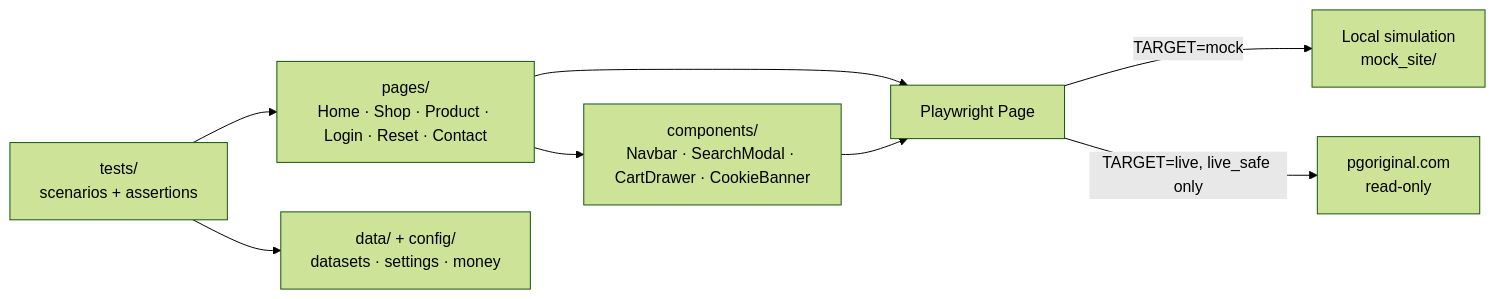
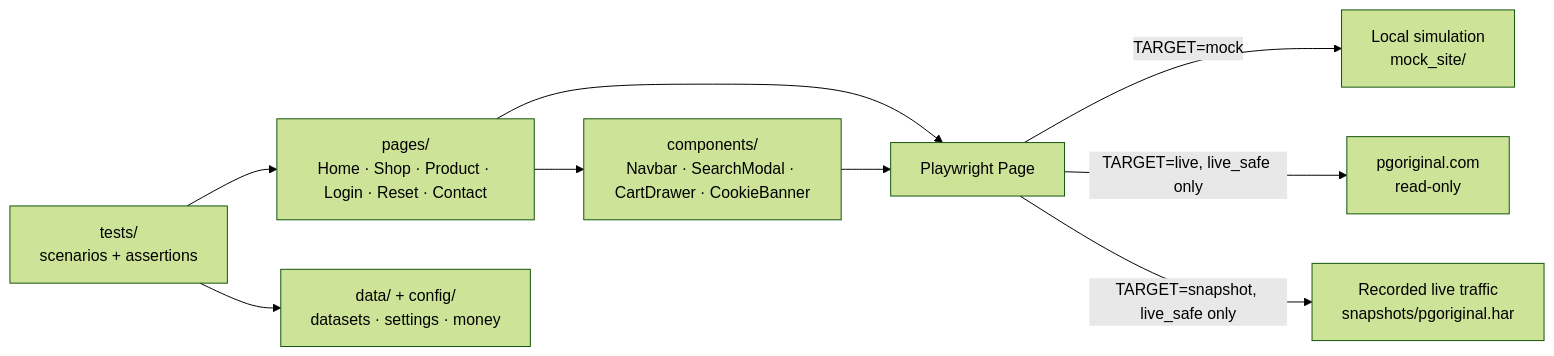
One commit to MiltonKlun/PG_Original_POM changed the diagram in README.md. Above: the diagram before and after it, drawn with Mermaid (forest theme). The commit also changed other lines of this file and 30 other files, not shown here.

First line of the commit message:
test: add a snapshot target, selector drift checks and visual regression

````diff
--- a/README.md
+++ b/README.md
@@ -88,10 +89,11 @@
 ```mermaid
 flowchart LR
     T["tests/<br/>scenarios + assertions"] --> P["pages/<br/>Home · Shop · Product · Login · Reset · Contact"]
     P --> C["components/<br/>Navbar · SearchModal · CartDrawer · CookieBanner"]
     P --> PW["Playwright Page"]
     C --> PW
     T --> D["data/ + config/<br/>datasets · settings · money"]
     PW -->|TARGET=mock| M["Local simulation<br/>mock_site/"]
     PW -->|TARGET=live, live_safe only| L["pgoriginal.com<br/>read-only"]
+    PW -->|TARGET=snapshot, live_safe only| S["Recorded live traffic<br/>snapshots/pgoriginal.har"]
 ```
````
